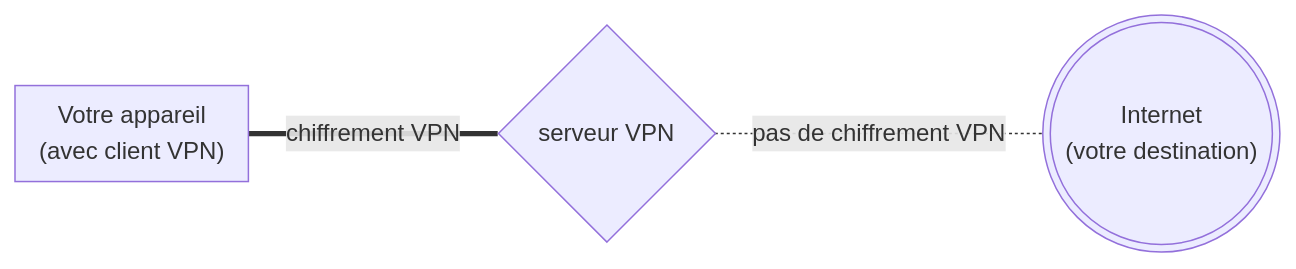
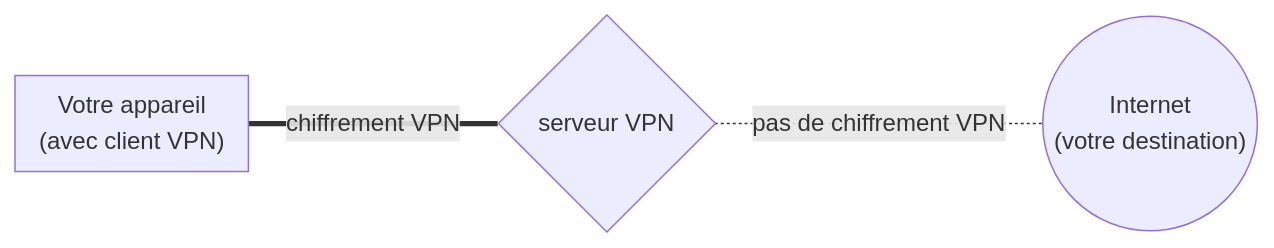
The diagram in i18n/fr/basics/vpn-overview.md (privacyguides/i18n), drawn with Mermaid before and after one commit. The commit also changed other lines of this file and 7 other files, not shown here.

````diff
--- a/i18n/fr/basics/vpn-overview.md
+++ b/i18n/fr/basics/vpn-overview.md
@@ -27,7 +27,7 @@
 ``` mermaid
 flowchart LR
  763931["Votre appareil<div>(avec client VPN)</div>"] ===|"chiffrement VPN"| 404512{"serveur VPN"}
- 404512 -.-|"pas de chiffrement VPN"| 593753((("Internet\n(votre destination)")))
+ 404512 -.-|"pas de chiffrement VPN"| 593753(("Internet\n(votre destination)"))
  subgraph 763931["Votre appareil<div>(avec client VPN)</div>"]
  end
 ```
````
